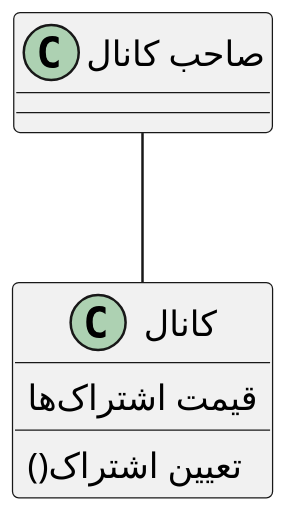
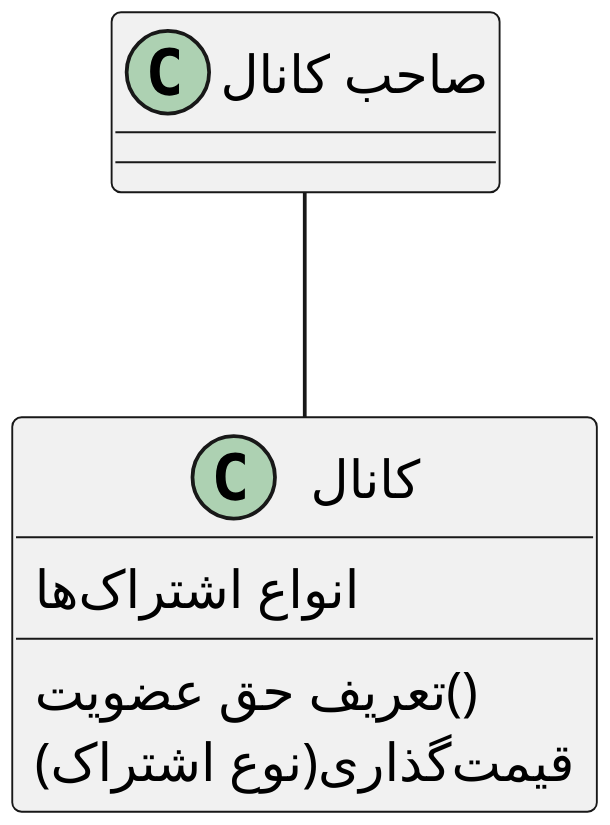
One commit to soleyman79/Qasedak changed the diagram in Diagrams/Class/SetSubscriptionPrice.puml. Above: the diagram before and after it, drawn with PlantUML. The commit also changed 1 other file, not shown here.

```diff
--- a/Diagrams/Class/SetSubscriptionPrice.puml
+++ b/Diagrams/Class/SetSubscriptionPrice.puml
@@ -1,17 +1,20 @@
 @startuml set_subscription_price
 
-scale 2
+
+scale 3
 skinparam DefaultFontName B Nazanin
 skinparam ArrowMessageAlignment right
 
 class "صاحب کانال" as owner {
 }
 
 class "کانال" as chanel {
-    قیمت اشتراک‌ها
-    ()تعیین اشتراک
+    انواع اشتراک‌ها 
+    تعریف حق عضویت()
+    قیمت‌گذاری(نوع اشتراک)
 }
 
 owner -- chanel
 
+
 @enduml
```
